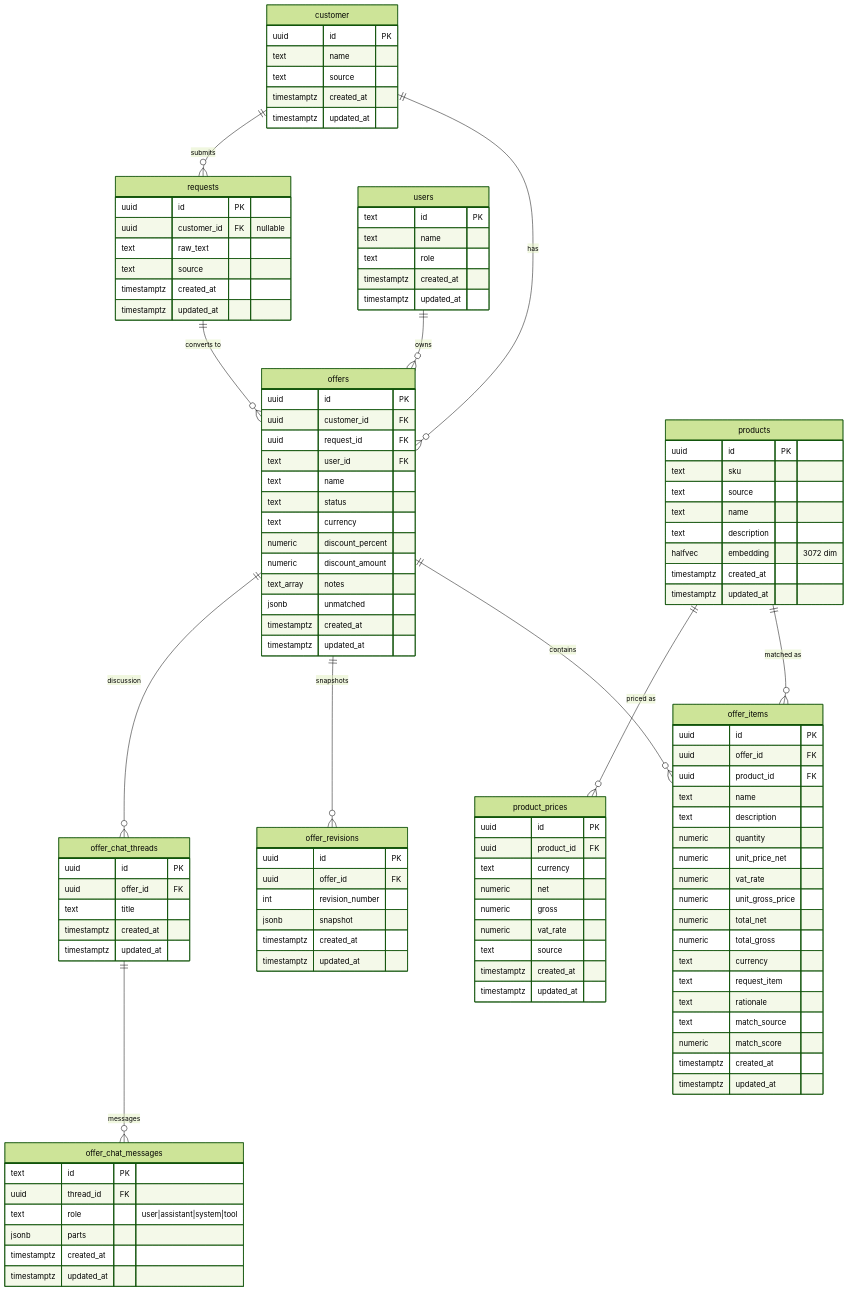
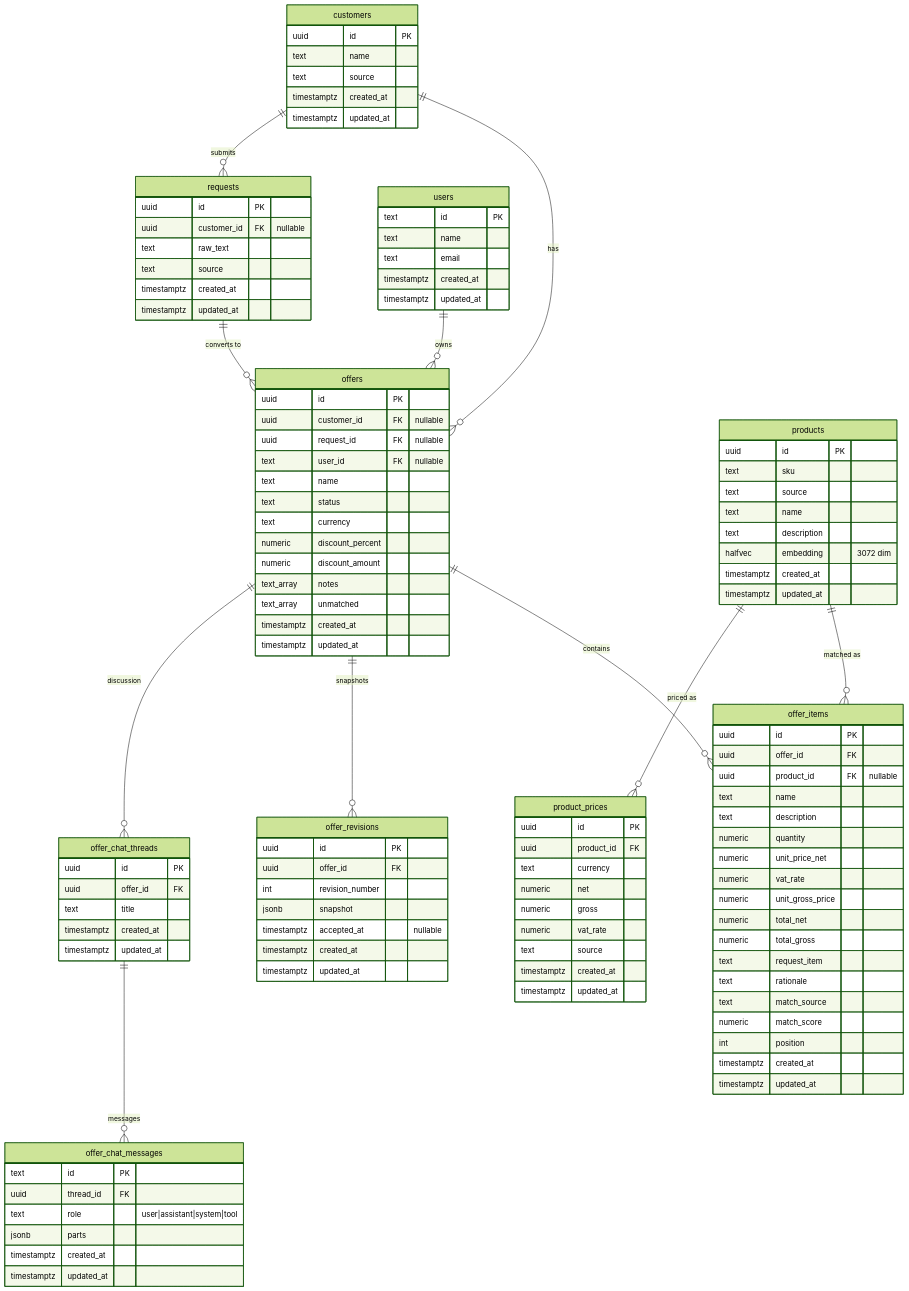
One commit to solivio-ai/solivio changed the diagram in docs/erd.md. Above: the diagram before and after it, drawn with Mermaid (forest theme). The commit also changed other lines of this file and 66 other files, not shown here.

Commit message:
SAI-27 - Delete unused Drizzle snapshots for schema migration cleanup.

````diff
--- a/docs/erd.md
+++ b/docs/erd.md
@@ -9,7 +9,7 @@
 ```mermaid
 erDiagram
-    customer ||--o{ offers : "has"
-    customer ||--o{ requests : "submits"
+    customers ||--o{ offers : "has"
+    customers ||--o{ requests : "submits"
     requests ||--o{ offers : "converts to"
     users ||--o{ offers : "owns"
 
@@ -22,7 +22,7 @@
     products ||--o{ offer_items : "matched as"
     products ||--o{ product_prices : "priced as"
 
-    customer {
+    customers {
         uuid id PK
         text name
         text source
@@ -33,7 +33,7 @@
     users {
         text id PK
         text name
-        text role
+        text email
         timestamptz created_at
         timestamptz updated_at
     }
@@ -49,16 +49,16 @@
 
     offers {
         uuid id PK
-        uuid customer_id FK
-        uuid request_id FK
-        text user_id FK
+        uuid customer_id FK "nullable"
+        uuid request_id FK "nullable"
+        text user_id FK "nullable"
         text name
         text status
         text currency
         numeric discount_percent
         numeric discount_amount
         text_array notes
-        jsonb unmatched
+        text_array unmatched
         timestamptz created_at
         timestamptz updated_at
     }
@@ -66,7 +66,7 @@
     offer_items {
         uuid id PK
         uuid offer_id FK
-        uuid product_id FK
+        uuid product_id FK "nullable"
         text name
         text description
         numeric quantity
@@ -75,11 +75,11 @@
         numeric unit_gross_price
         numeric total_net
         numeric total_gross
-        text currency
         text request_item
         text rationale
         text match_source
         numeric match_score
+        int position
         timestamptz created_at
         timestamptz updated_at
     }
@@ -89,6 +89,7 @@
         uuid offer_id FK
         int revision_number
         jsonb snapshot
+        timestamptz accepted_at "nullable"
         timestamptz created_at
         timestamptz updated_at
     }
````
